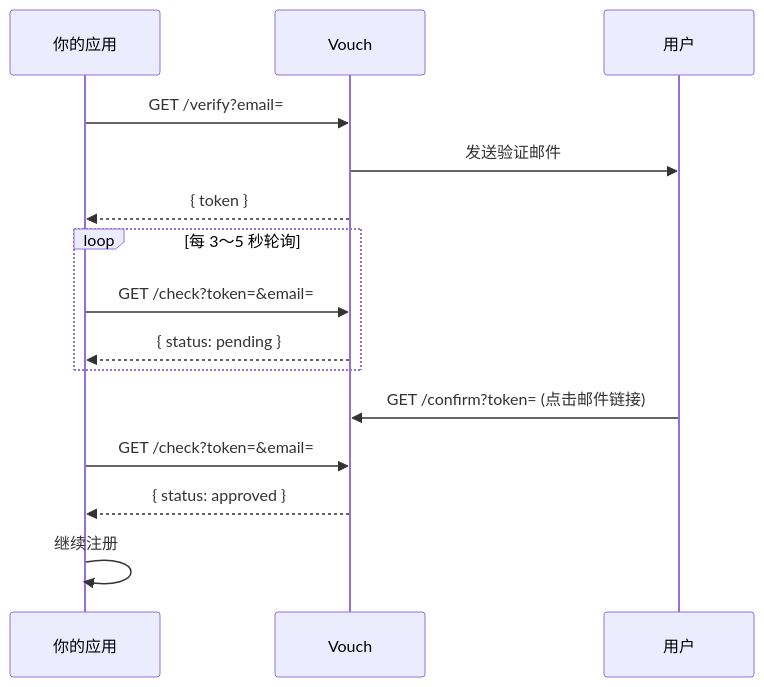
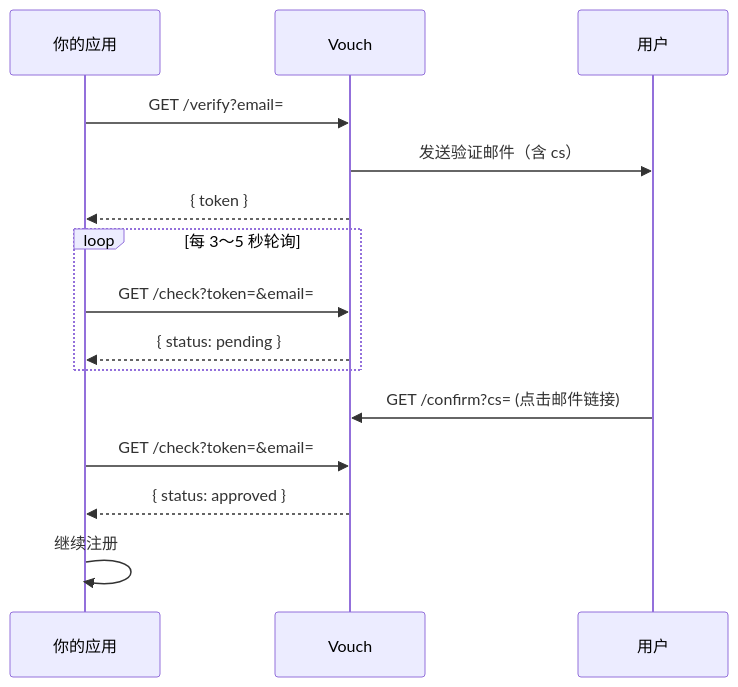
The diagram in readme.md (xolyn/vouch), drawn with Mermaid before and after one commit. The commit also changed other lines of this file and 1 other file, not shown here.

````diff
--- a/readme.md
+++ b/readme.md
@@ -5,18 +5,18 @@
 ```mermaid
 sequenceDiagram
     participant App as 你的应用
     participant Vouch as Vouch
     participant User as 用户
 
     App->>Vouch: GET /verify?email=
-    Vouch->>User: 发送验证邮件
+    Vouch->>User: 发送验证邮件（含 cs）
     Vouch-->>App: { token }
     loop 每 3～5 秒轮询
         App->>Vouch: GET /check?token=&email=
         Vouch-->>App: { status: pending }
     end
-    User->>Vouch: GET /confirm?token= (点击邮件链接)
+    User->>Vouch: GET /confirm?cs= (点击邮件链接)
     App->>Vouch: GET /check?token=&email=
     Vouch-->>App: { status: approved }
     App->>App: 继续注册
 ```
````
